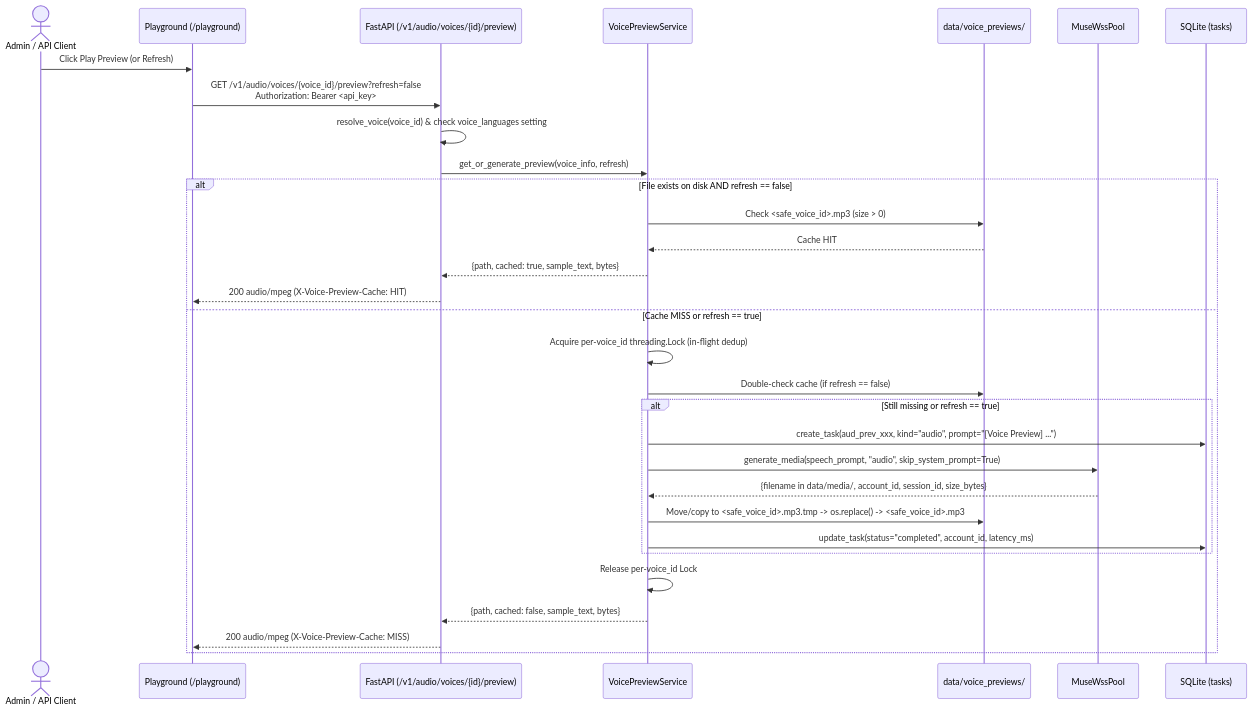
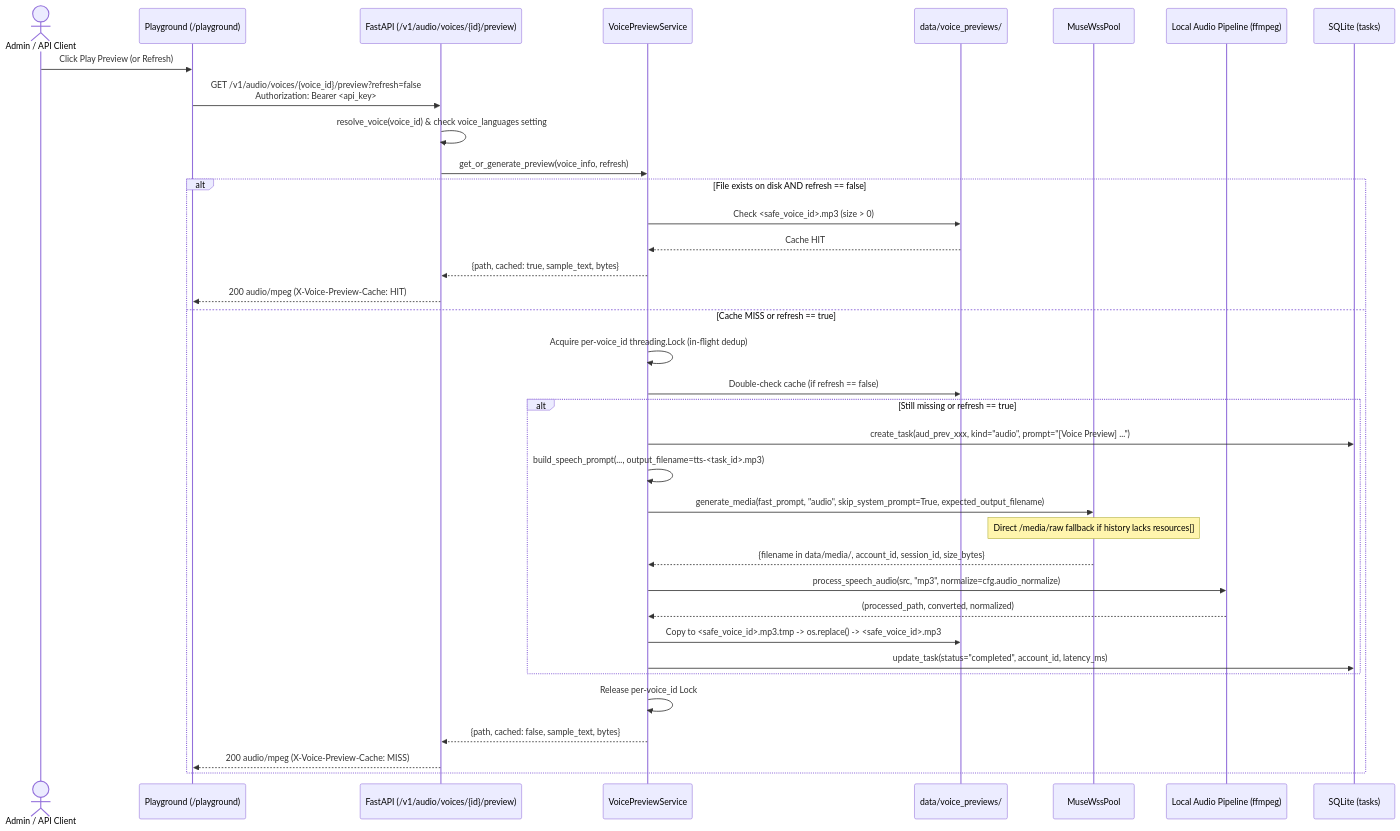
Before and after one commit to nguyenduclong-ict/muse2api: the first of 2 diagrams in docs/03_features/06_api_playground/logic.md, drawn with Mermaid. The commit also changed other lines of this file and 18 other files, not shown here.

First line of the commit message:
feat(tts): use fast CLI prompt and local 2-pass loudnorm for speech generation

````diff
--- a/docs/03_features/06_api_playground/logic.md
+++ b/docs/03_features/06_api_playground/logic.md
@@ -5,35 +5,40 @@
 ```mermaid
 sequenceDiagram
     actor User as Admin / API Client
     participant UI as Playground (/playground)
     participant API as FastAPI (/v1/audio/voices/{id}/preview)
     participant Svc as VoicePreviewService
     participant Disk as data/voice_previews/
     participant Pool as MuseWssPool
+    participant AudioFmt as Local Audio Pipeline (ffmpeg)
     participant DB as SQLite (tasks)
 
     User->>UI: Click Play Preview (or Refresh)
     UI->>API: GET /v1/audio/voices/{voice_id}/preview?refresh=false<br/>Authorization: Bearer <api_key>
     API->>API: resolve_voice(voice_id) & check voice_languages setting
     API->>Svc: get_or_generate_preview(voice_info, refresh)
 
     alt File exists on disk AND refresh == false
         Svc->>Disk: Check <safe_voice_id>.mp3 (size > 0)
         Disk-->>Svc: Cache HIT
         Svc-->>API: {path, cached: true, sample_text, bytes}
         API-->>UI: 200 audio/mpeg (X-Voice-Preview-Cache: HIT)
     else Cache MISS or refresh == true
         Svc->>Svc: Acquire per-voice_id threading.Lock (in-flight dedup)
         Svc->>Disk: Double-check cache (if refresh == false)
         alt Still missing or refresh == true
             Svc->>DB: create_task(aud_prev_xxx, kind="audio", prompt="[Voice Preview] ...")
-            Svc->>Pool: generate_media(speech_prompt, "audio", skip_system_prompt=True)
+            Svc->>Svc: build_speech_prompt(..., output_filename=tts-<task_id>.mp3)
+            Svc->>Pool: generate_media(fast_prompt, "audio", skip_system_prompt=True, expected_output_filename)
+            Note over Pool: Direct /media/raw fallback if history lacks resources[]
             Pool-->>Svc: {filename in data/media/, account_id, session_id, size_bytes}
-            Svc->>Disk: Move/copy to <safe_voice_id>.mp3.tmp -> os.replace() -> <safe_voice_id>.mp3
+            Svc->>AudioFmt: process_speech_audio(src, "mp3", normalize=cfg.audio_normalize)
+            AudioFmt-->>Svc: (processed_path, converted, normalized)
+            Svc->>Disk: Copy to <safe_voice_id>.mp3.tmp -> os.replace() -> <safe_voice_id>.mp3
             Svc->>DB: update_task(status="completed", account_id, latency_ms)
         end
         Svc->>Svc: Release per-voice_id Lock
         Svc-->>API: {path, cached: false, sample_text, bytes}
         API-->>UI: 200 audio/mpeg (X-Voice-Preview-Cache: MISS)
     end
 ```
````
